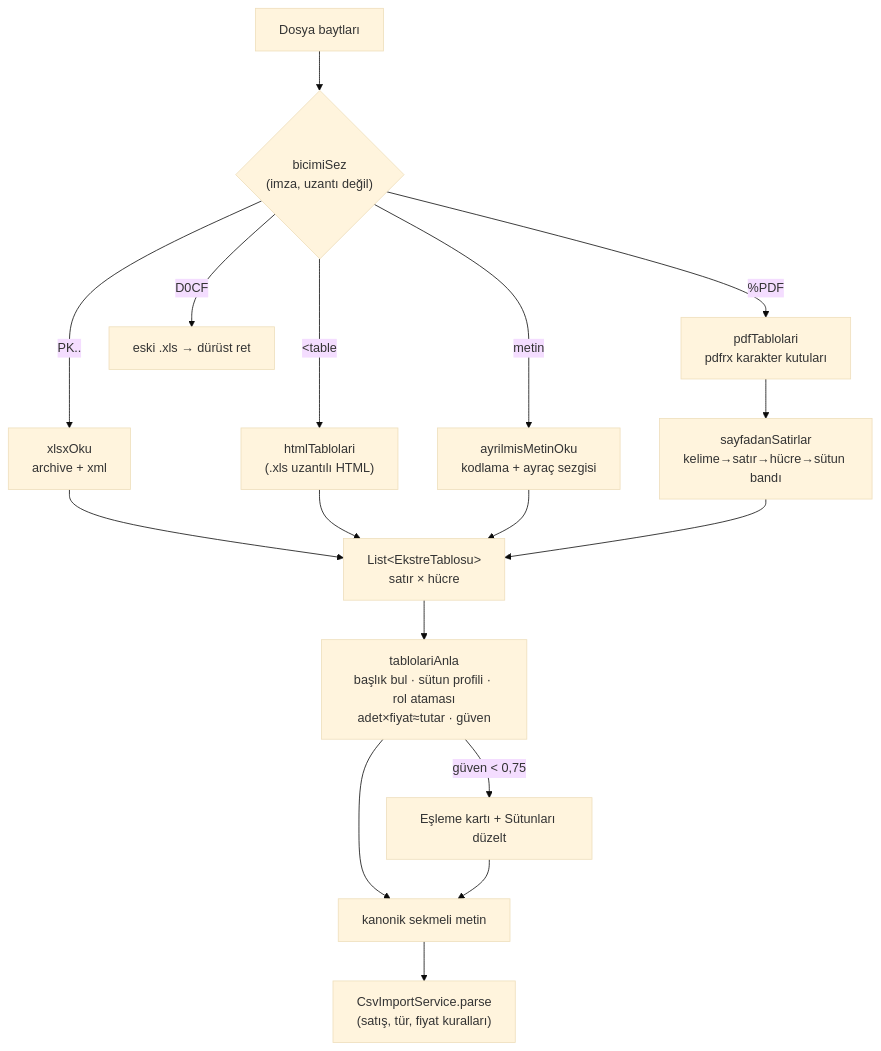
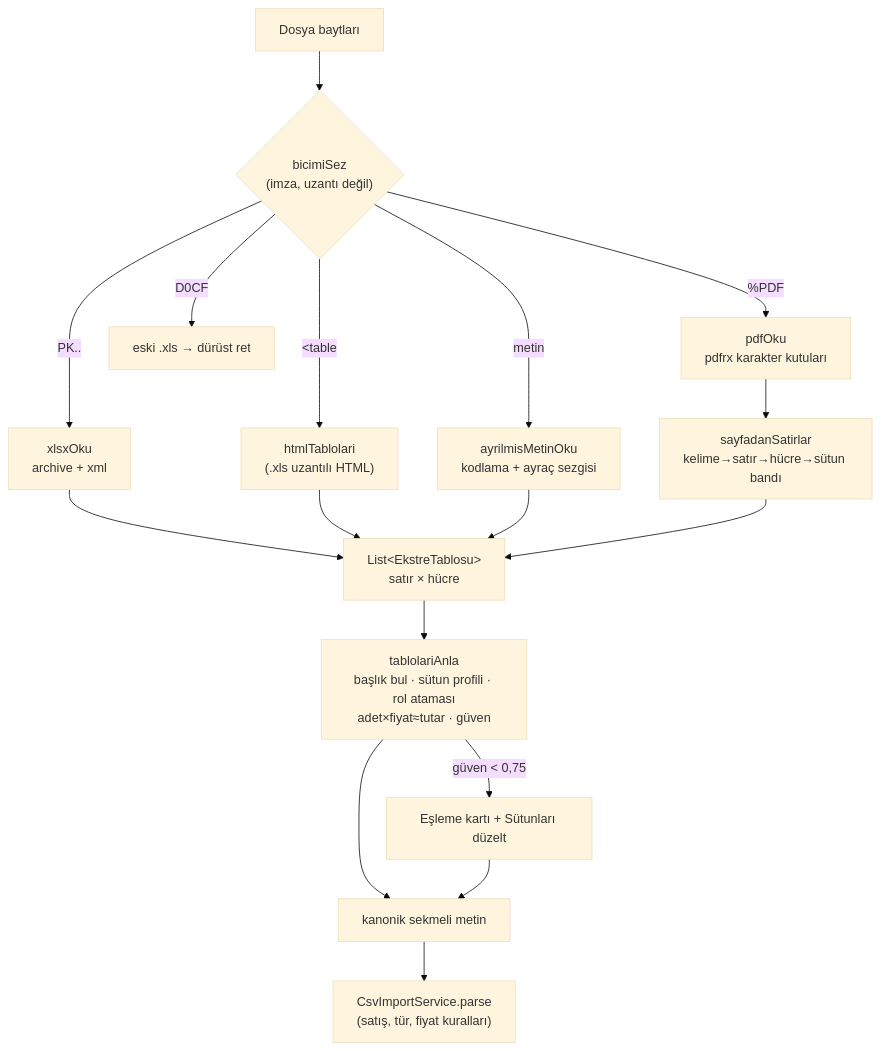
The diagram in docs/EKSTRE_MOTORU.md (yasincirali/sandikapp), drawn with Mermaid (base theme) before and after one commit. The commit also changed other lines of this file and 22 other files, not shown here.

````diff
--- a/docs/EKSTRE_MOTORU.md
+++ b/docs/EKSTRE_MOTORU.md
@@ -22,19 +22,19 @@
 ```mermaid
 graph TD
   Dosya["Dosya baytları"] --> Sez{"bicimiSez<br/>(imza, uzantı değil)"}
   Sez -->|PK..| XLSX["xlsxOku<br/>archive + xml"]
-  Sez -->|%PDF| PDF["pdfTablolari<br/>pdfrx karakter kutuları"]
+  Sez -->|%PDF| PDF["pdfOku<br/>pdfrx karakter kutuları"]
   Sez -->|"&lt;table"| HTML["htmlTablolari<br/>(.xls uzantılı HTML)"]
   Sez -->|metin| CSV["ayrilmisMetinOku<br/>kodlama + ayraç sezgisi"]
   Sez -->|D0CF| Eski["eski .xls → dürüst ret"]
   PDF --> Geo["sayfadanSatirlar<br/>kelime→satır→hücre→sütun bandı"]
   XLSX --> T["List&lt;EkstreTablosu&gt;<br/>satır × hücre"]
   HTML --> T
   CSV --> T
   Geo --> T
   T --> Anla["tablolariAnla<br/>başlık bul · sütun profili · rol ataması<br/>adet×fiyat≈tutar · güven"]
   Anla --> Kanonik["kanonik sekmeli metin"]
   Kanonik --> Parse["CsvImportService.parse<br/>(satış, tür, fiyat kuralları)"]
   Anla -->|güven < 0,75| Duzelt["Eşleme kartı + Sütunları düzelt"]
   Duzelt --> Kanonik
 ```
````
